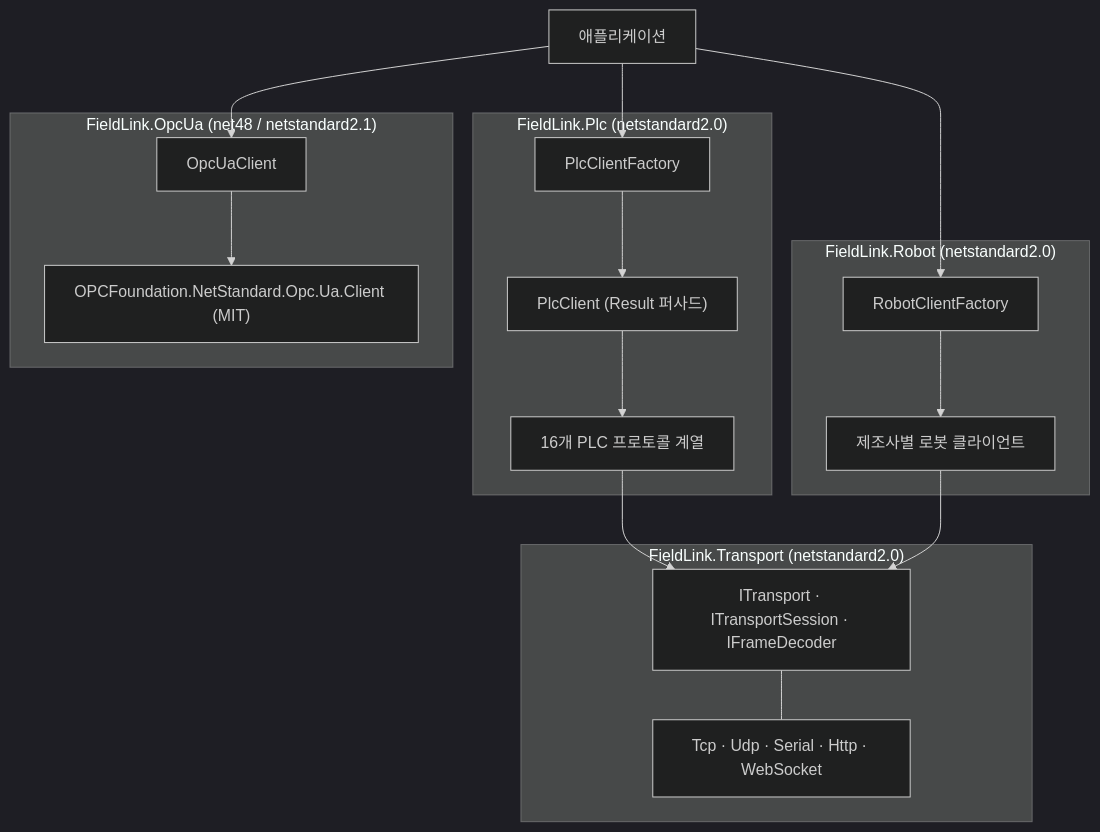
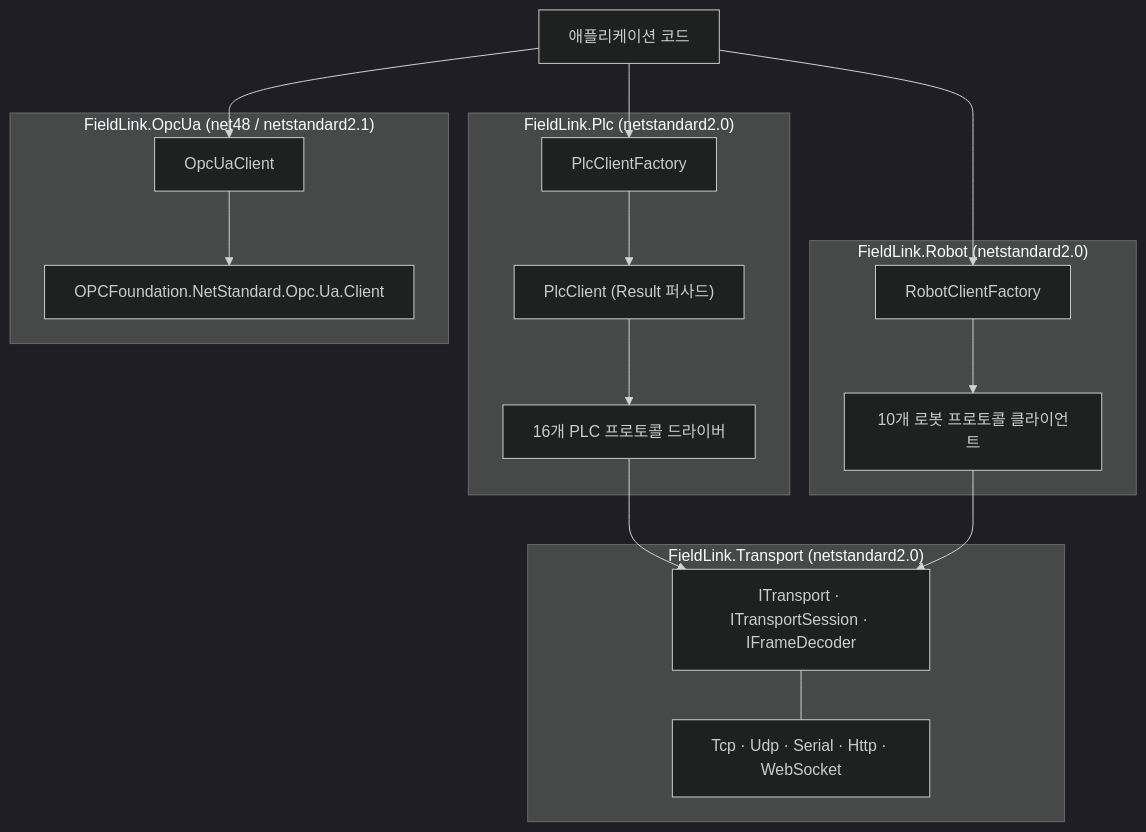
The diagram in README.ko.md (codenameis/FieldLink), drawn with Mermaid (dark theme) before and after one commit. The commit also changed other lines of this file and 6 other files, not shown here.

````diff
--- a/README.ko.md
+++ b/README.ko.md
@@ -27,30 +39,30 @@
 ```mermaid
 flowchart TD
-    App["애플리케이션"]
+    App["애플리케이션 코드"]
 
     subgraph Plc["FieldLink.Plc (netstandard2.0)"]
         PlcFactory["PlcClientFactory"]
         PlcClient["PlcClient (Result 퍼사드)"]
-        PlcProto["16개 PLC 프로토콜 계열"]
+        PlcCodecs["16개 PLC 프로토콜 드라이버"]
     end
 
     subgraph Robot["FieldLink.Robot (netstandard2.0)"]
         RobotFactory["RobotClientFactory"]
-        RobotClients["제조사별 로봇 클라이언트"]
+        RobotCodecs["10개 로봇 프로토콜 클라이언트"]
     end
 
     subgraph OpcUa["FieldLink.OpcUa (net48 / netstandard2.1)"]
         UaClient["OpcUaClient"]
-        UaStack["OPCFoundation.NetStandard.Opc.Ua.Client (MIT)"]
+        UaStack["OPCFoundation.NetStandard.Opc.Ua.Client"]
     end
 
     subgraph Transport["FieldLink.Transport (netstandard2.0)"]
-        ITransport["ITransport · ITransportSession · IFrameDecoder"]
+        Contracts["ITransport · ITransportSession · IFrameDecoder"]
         Channels["Tcp · Udp · Serial · Http · WebSocket"]
     end
 
-    App --> PlcFactory --> PlcClient --> PlcProto --> ITransport
-    App --> RobotFactory --> RobotClients --> ITransport
-    ITransport --- Channels
+    App --> PlcFactory --> PlcClient --> PlcCodecs --> Contracts
+    App --> RobotFactory --> RobotCodecs --> Contracts
+    Contracts --- Channels
     App --> UaClient --> UaStack
 ```
````
